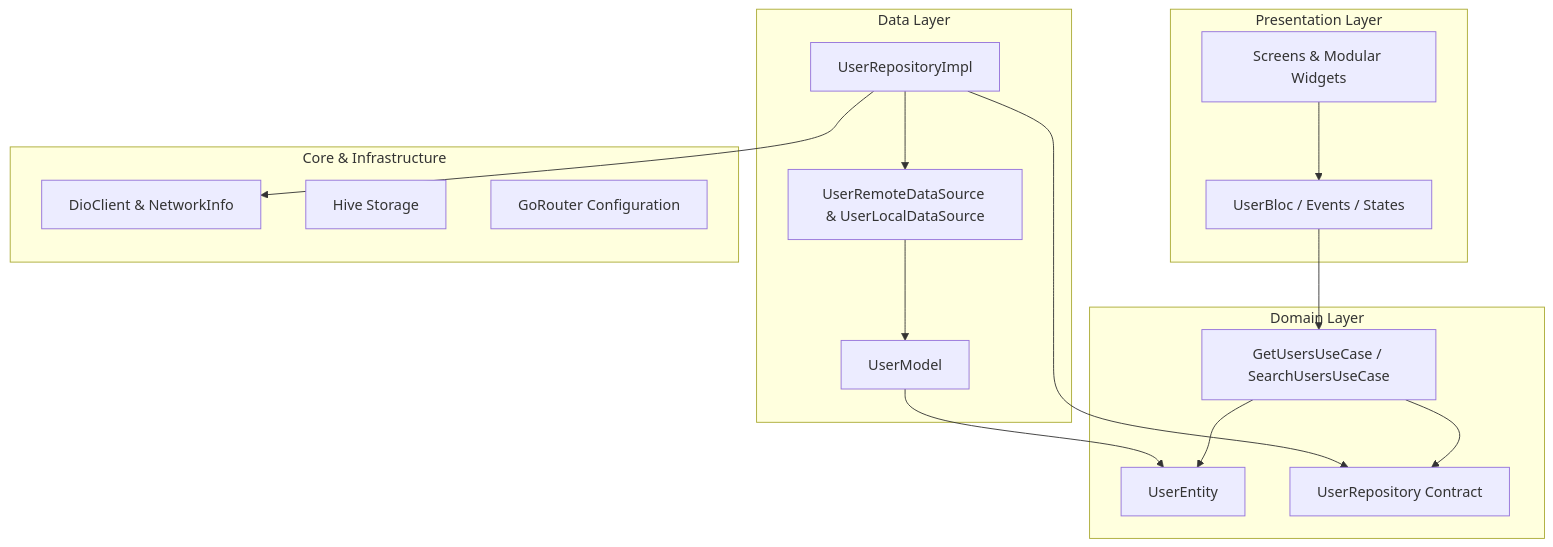
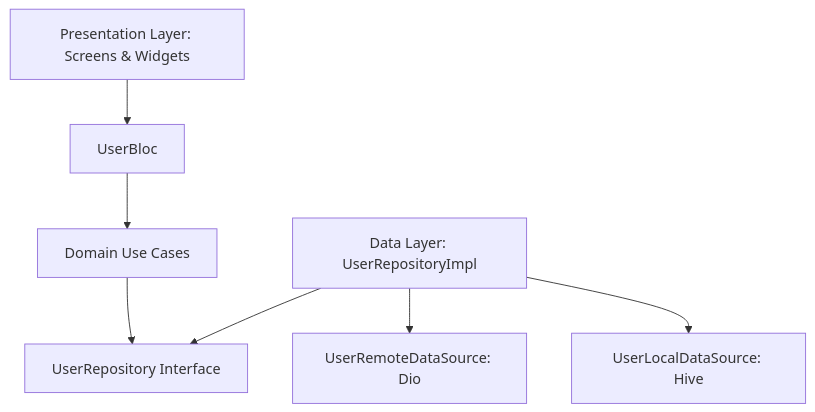
The diagram in README.md (aviekhande/flutter-user-directory), drawn with Mermaid before and after one commit. The commit also changed other lines of this file and 8 other files, not shown here.

First line of the commit message:
update app branding and refine user data handling

````diff
--- a/README.md
+++ b/README.md
@@ -24,35 +46,9 @@
 ```mermaid
 graph TD
-    subgraph Presentation Layer
-        UI[Screens & Modular Widgets]
-        Bloc[UserBloc / Events / States]
-    end
-
-    subgraph Domain Layer
-        UseCases[GetUsersUseCase / SearchUsersUseCase]
-        Entities[UserEntity]
-        RepoContract[UserRepository Contract]
-    end
-
-    subgraph Data Layer
-        RepoImpl[UserRepositoryImpl]
-        Datasources[UserRemoteDataSource & UserLocalDataSource]
-        Models[UserModel]
-    end
-
-    subgraph Core & Infrastructure
-        Network[DioClient & NetworkInfo]
-        Storage[Hive Storage]
-        Router[GoRouter Configuration]
-    end
-
-    UI --> Bloc
-    Bloc --> UseCases
-    UseCases --> RepoContract
-    UseCases --> Entities
-    RepoImpl --> RepoContract
-    RepoImpl --> Datasources
-    RepoImpl --> Network
-    Datasources --> Models
-    Models --> Entities
+    UI[Presentation Layer: Screens & Widgets] --> BLoC[UserBloc]
+    BLoC --> UseCases[Domain Use Cases]
+    UseCases --> RepoContract[UserRepository Interface]
+    RepoImpl[Data Layer: UserRepositoryImpl] --> RepoContract
+    RepoImpl --> RemoteDS[UserRemoteDataSource: Dio]
+    RepoImpl --> LocalDS[UserLocalDataSource: Hive]
 ```
````
